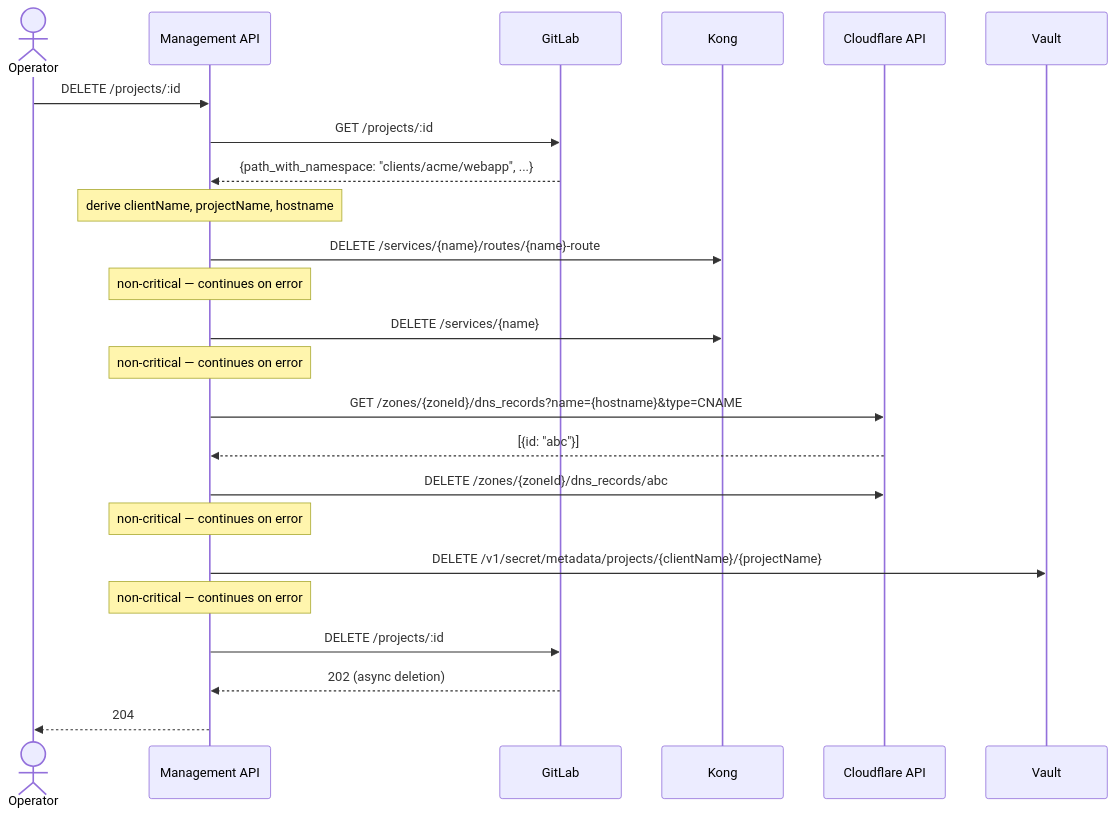
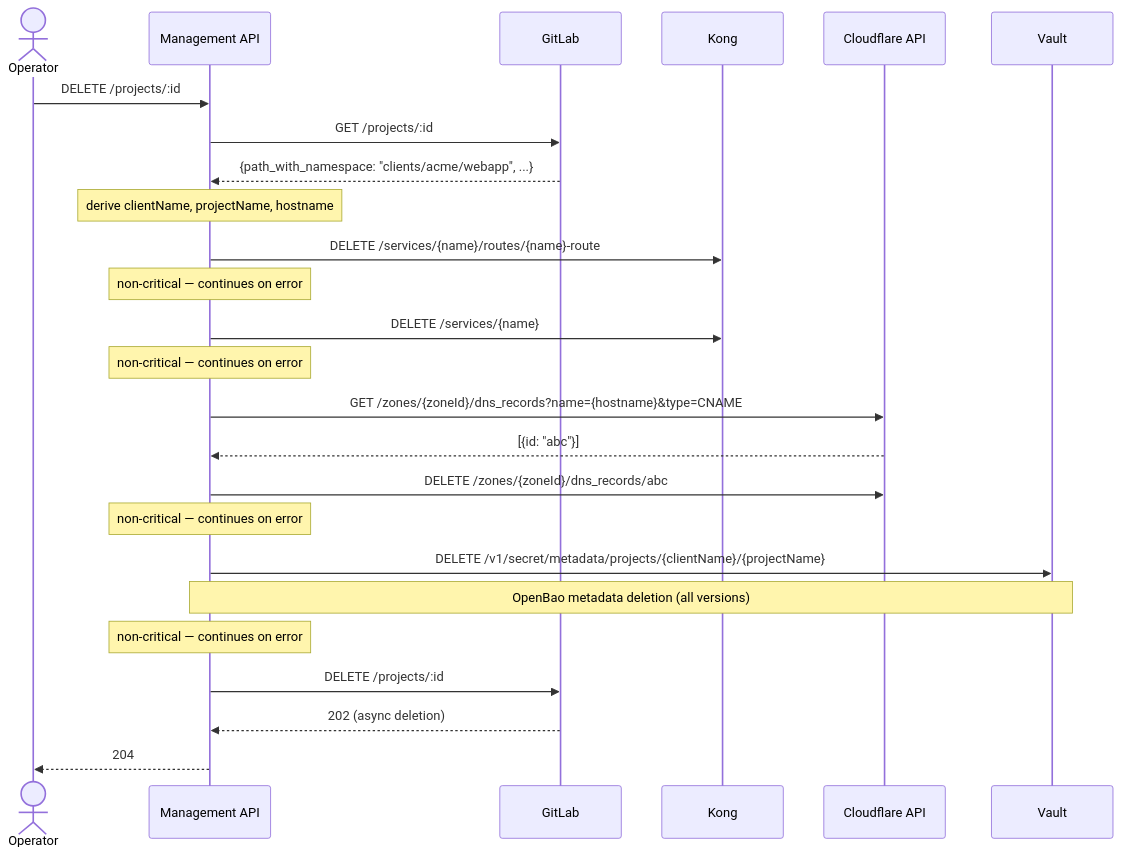
One commit to astarx-studio/devsecops-platform changed the sixth of 6 diagrams in __DOCS__/99_maintainers/04_data_flows.md. Above: the diagram before and after it, drawn with Mermaid. The commit also changed other lines of this file and 14 other files, not shown here.

````diff
--- a/__DOCS__/99_maintainers/04_data_flows.md
+++ b/__DOCS__/99_maintainers/04_data_flows.md
@@ -228,33 +232,34 @@
 ```mermaid
 sequenceDiagram
     actor Operator
     participant API as Management API
     participant GitLab
     participant Kong
     participant CF as Cloudflare API
     participant Vault
 
     Operator->>API: DELETE /projects/:id
 
     API->>GitLab: GET /projects/:id
     GitLab-->>API: {path_with_namespace: "clients/acme/webapp", ...}
     Note over API: derive clientName, projectName, hostname
 
     API->>Kong: DELETE /services/{name}/routes/{name}-route
     Note over API: non-critical — continues on error
     API->>Kong: DELETE /services/{name}
     Note over API: non-critical — continues on error
 
     API->>CF: GET /zones/{zoneId}/dns_records?name={hostname}&type=CNAME
     CF-->>API: [{id: "abc"}]
     API->>CF: DELETE /zones/{zoneId}/dns_records/abc
     Note over API: non-critical — continues on error
 
     API->>Vault: DELETE /v1/secret/metadata/projects/{clientName}/{projectName}
+    Note over API,Vault: OpenBao metadata deletion (all versions)
     Note over API: non-critical — continues on error
 
     API->>GitLab: DELETE /projects/:id
     GitLab-->>API: 202 (async deletion)
 
     API-->>Operator: 204
 ```
````
